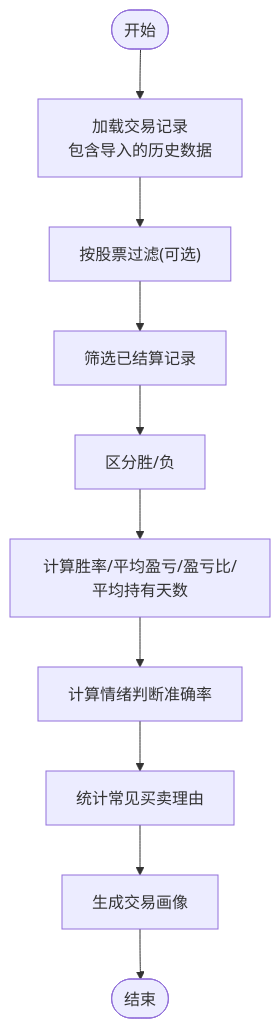
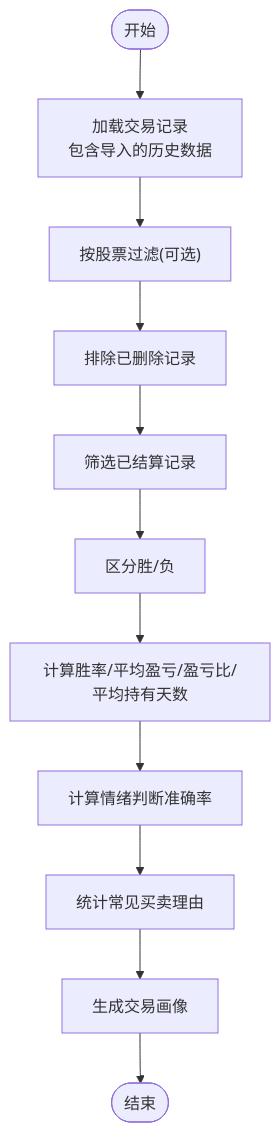
The eighth of 9 diagrams in .qoder/repowiki/zh/content/核心功能/交易记录管理.md (Moruime/stock_foker), drawn with Mermaid before and after one commit. The commit also changed other lines of this file and 10 other files, not shown here.

````diff
--- a/.qoder/repowiki/zh/content/核心功能/交易记录管理.md
+++ b/.qoder/repowiki/zh/content/核心功能/交易记录管理.md
@@ -332,12 +379,13 @@
 ```mermaid
 flowchart TD
 Start(["开始"]) --> Load["加载交易记录<br/>包含导入的历史数据"]
 Load --> Filter["按股票过滤(可选)"]
-Filter --> Closed["筛选已结算记录"]
+Filter --> Deleted["排除已删除记录"]
+Deleted --> Closed["筛选已结算记录"]
 Closed --> WinLoss["区分胜/负"]
 WinLoss --> Metrics["计算胜率/平均盈亏/盈亏比/平均持有天数"]
 Metrics --> Sentiment["计算情绪判断准确率"]
 Sentiment --> Reasons["统计常见买卖理由"]
 Reasons --> Profile["生成交易画像"]
 Profile --> End(["结束"])
 ```
````
